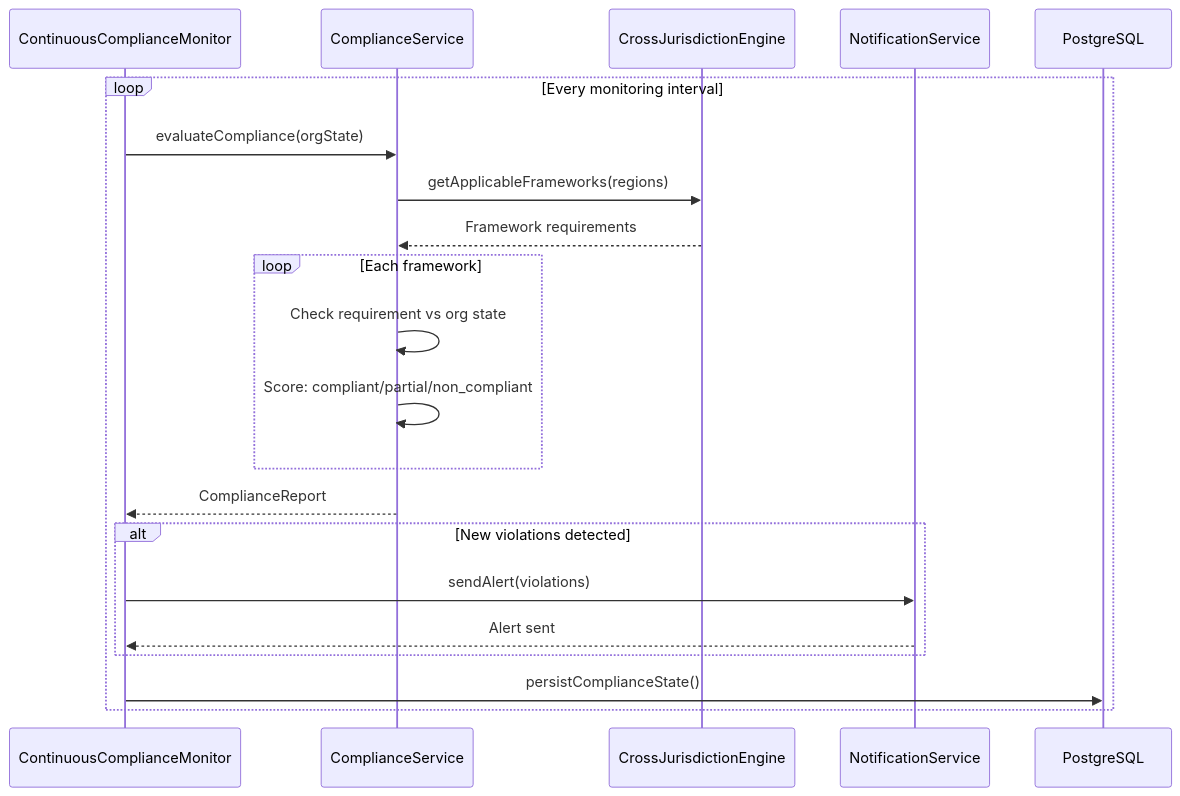
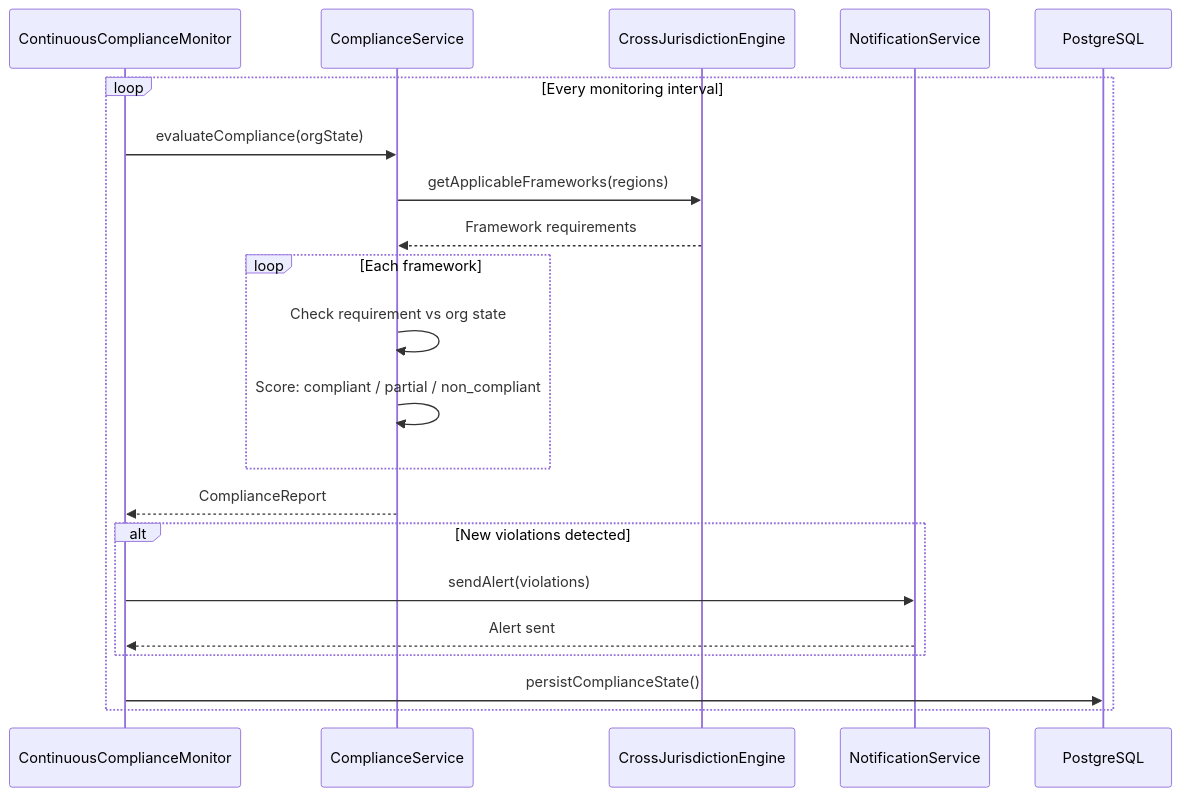
One commit to datacendia/datacendia-core changed the sixth of 6 diagrams in docs/architecture/compliance-services.md. Above: the diagram before and after it, drawn with Mermaid. The commit also changed other lines of this file and 82 other files, not shown here.

````diff
--- a/docs/architecture/compliance-services.md
+++ b/docs/architecture/compliance-services.md
@@ -55,28 +211,28 @@
 ```mermaid
 sequenceDiagram
     participant CCM as ContinuousComplianceMonitor
     participant CS as ComplianceService
     participant CJE as CrossJurisdictionEngine
     participant NS as NotificationService
     participant DB as PostgreSQL
 
     loop Every monitoring interval
         CCM->>CS: evaluateCompliance(orgState)
         CS->>CJE: getApplicableFrameworks(regions)
         CJE-->>CS: Framework requirements
 
         loop Each framework
             CS->>CS: Check requirement vs org state
-            CS->>CS: Score: compliant/partial/non_compliant
+            CS->>CS: Score: compliant / partial / non_compliant
         end
 
         CS-->>CCM: ComplianceReport
 
         alt New violations detected
             CCM->>NS: sendAlert(violations)
             NS-->>CCM: Alert sent
         end
 
         CCM->>DB: persistComplianceState()
     end
 ```
````
